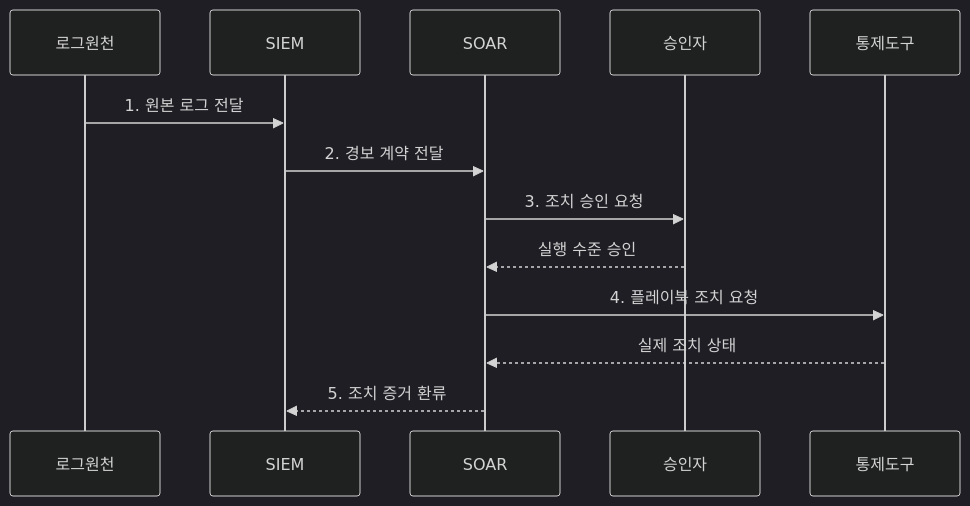
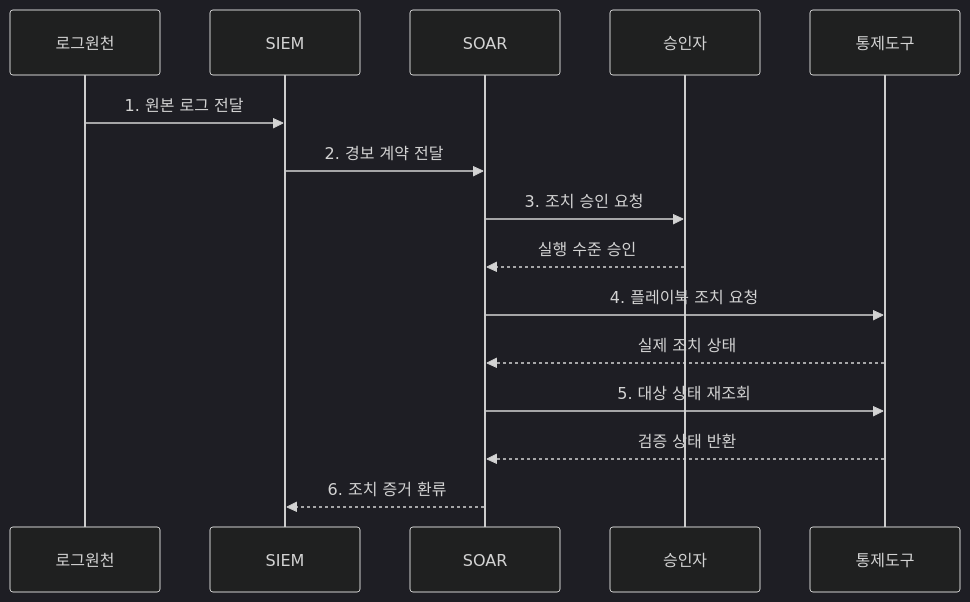
One commit to agnusdei1207/knowledge-base changed the second of 2 diagrams in src/content/docs/notes/04-network/095_siem_vs_soar_comparison.md. Above: the diagram before and after it, drawn with Mermaid (dark theme). The commit also changed other lines of this file and 9 other files, not shown here.

````diff
--- a/src/content/docs/notes/04-network/095_siem_vs_soar_comparison.md
+++ b/src/content/docs/notes/04-network/095_siem_vs_soar_comparison.md
@@ -98,15 +100,17 @@
 ```mermaid
 sequenceDiagram
     participant 로그원천
     participant SIEM
     participant SOAR
     participant 승인자
     participant 통제도구
     로그원천->>SIEM: 1. 원본 로그 전달
     SIEM->>SOAR: 2. 경보 계약 전달
     SOAR->>승인자: 3. 조치 승인 요청
     승인자-->>SOAR: 실행 수준 승인
     SOAR->>통제도구: 4. 플레이북 조치 요청
     통제도구-->>SOAR: 실제 조치 상태
-    SOAR-->>SIEM: 5. 조치 증거 환류
+    SOAR->>통제도구: 5. 대상 상태 재조회
+    통제도구-->>SOAR: 검증 상태 반환
+    SOAR-->>SIEM: 6. 조치 증거 환류
 ```
````
